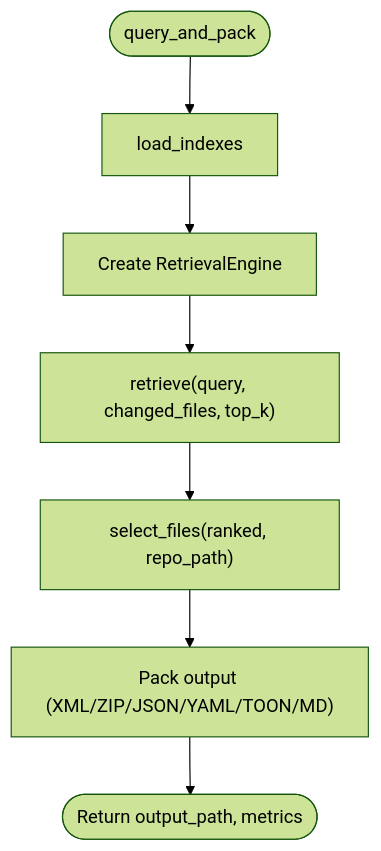
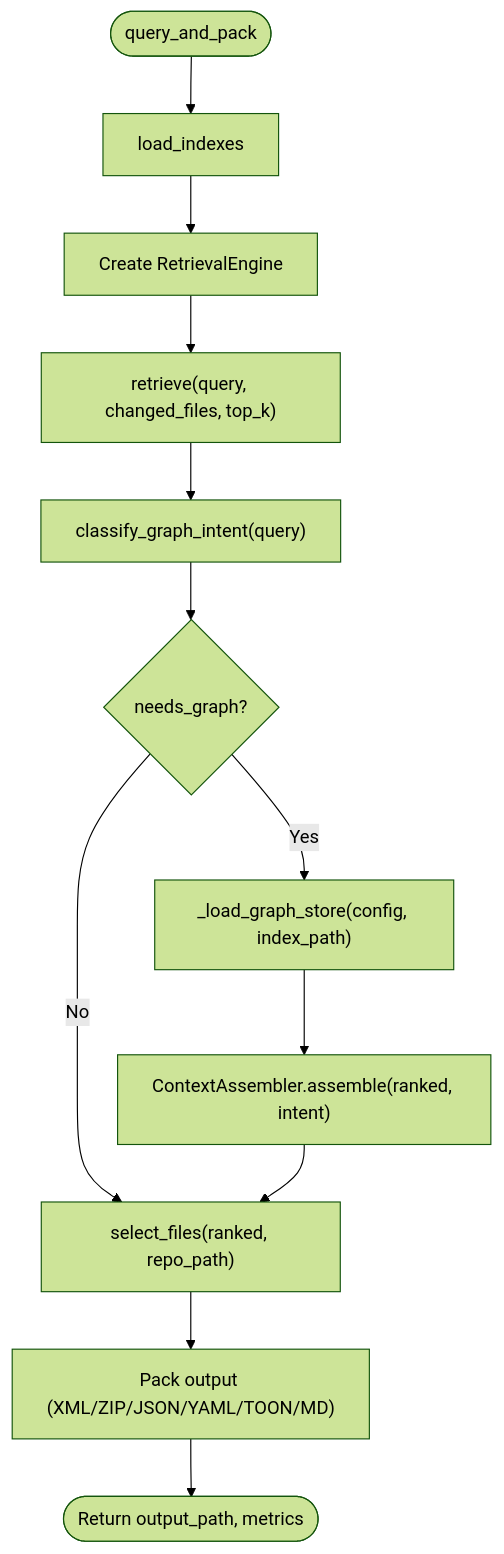
Before and after one commit to maemreyo/zmr-ctx-paker: the fifth of 14 diagrams in .qoder/repowiki/en/content/Core Modules/Core Modules.md, drawn with Mermaid (forest theme). The commit also changed other lines of this file and 25 other files, not shown here.

````diff
--- a/.qoder/repowiki/en/content/Core Modules/Core Modules.md
+++ b/.qoder/repowiki/en/content/Core Modules/Core Modules.md
@@ -238,9 +317,14 @@
 ```mermaid
 flowchart TD
 QStart(["query_and_pack"]) --> LoadIdx["load_indexes"]
 LoadIdx --> BuildRet["Create RetrievalEngine"]
 BuildRet --> Hybrid["retrieve(query, changed_files, top_k)"]
-Hybrid --> Budget["select_files(ranked, repo_path)"]
+Hybrid --> Intent["classify_graph_intent(query)"]
+Intent --> NeedsGraph{"needs_graph?"}
+NeedsGraph --> |No| Budget["select_files(ranked, repo_path)"]
+NeedsGraph --> |Yes| LoadStore["_load_graph_store(config, index_path)"]
+LoadStore --> Assemble["ContextAssembler.assemble(ranked, intent)"]
+Assemble --> Budget
 Budget --> Pack["Pack output (XML/ZIP/JSON/YAML/TOON/MD)"]
 Pack --> QDone(["Return output_path, metrics"])
 ```
````
